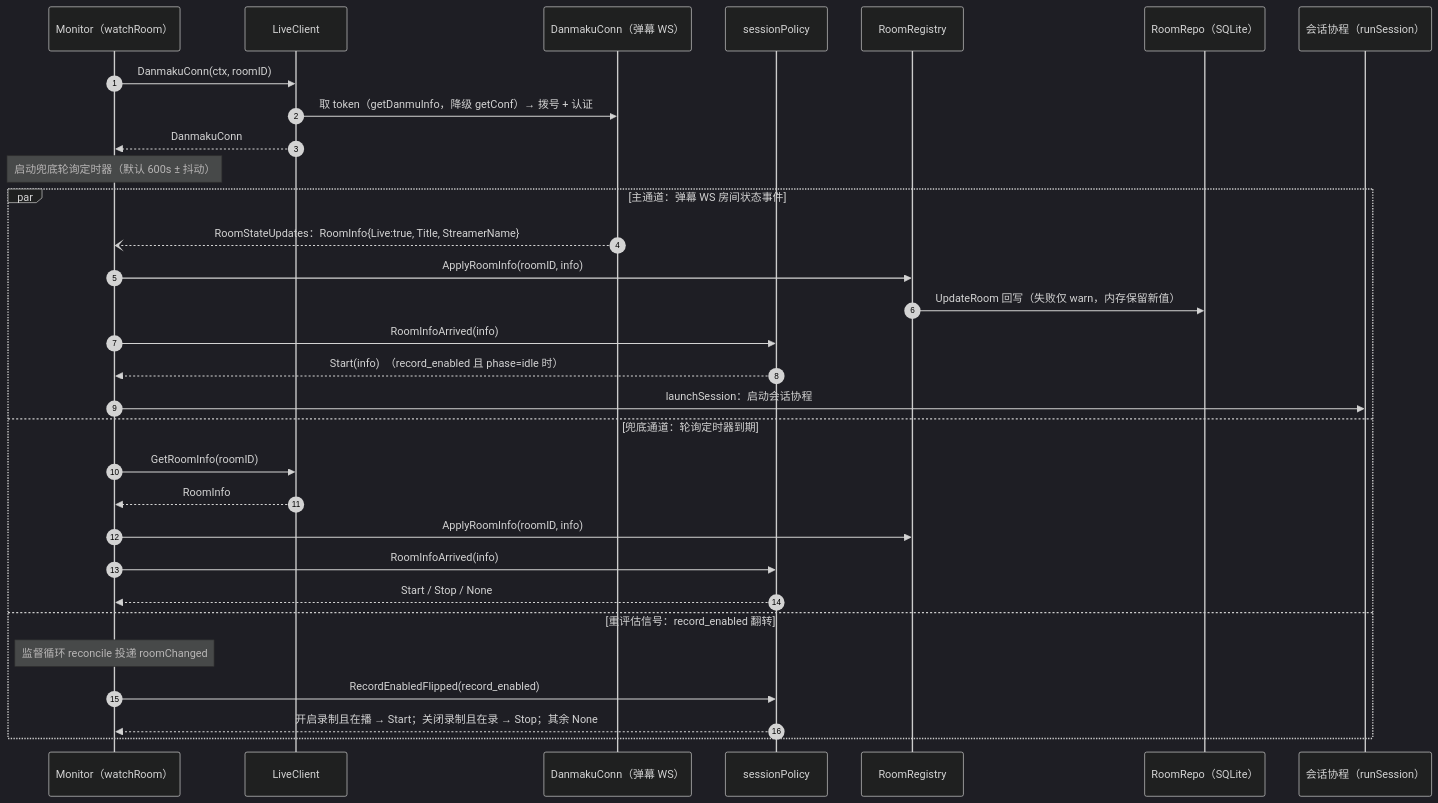
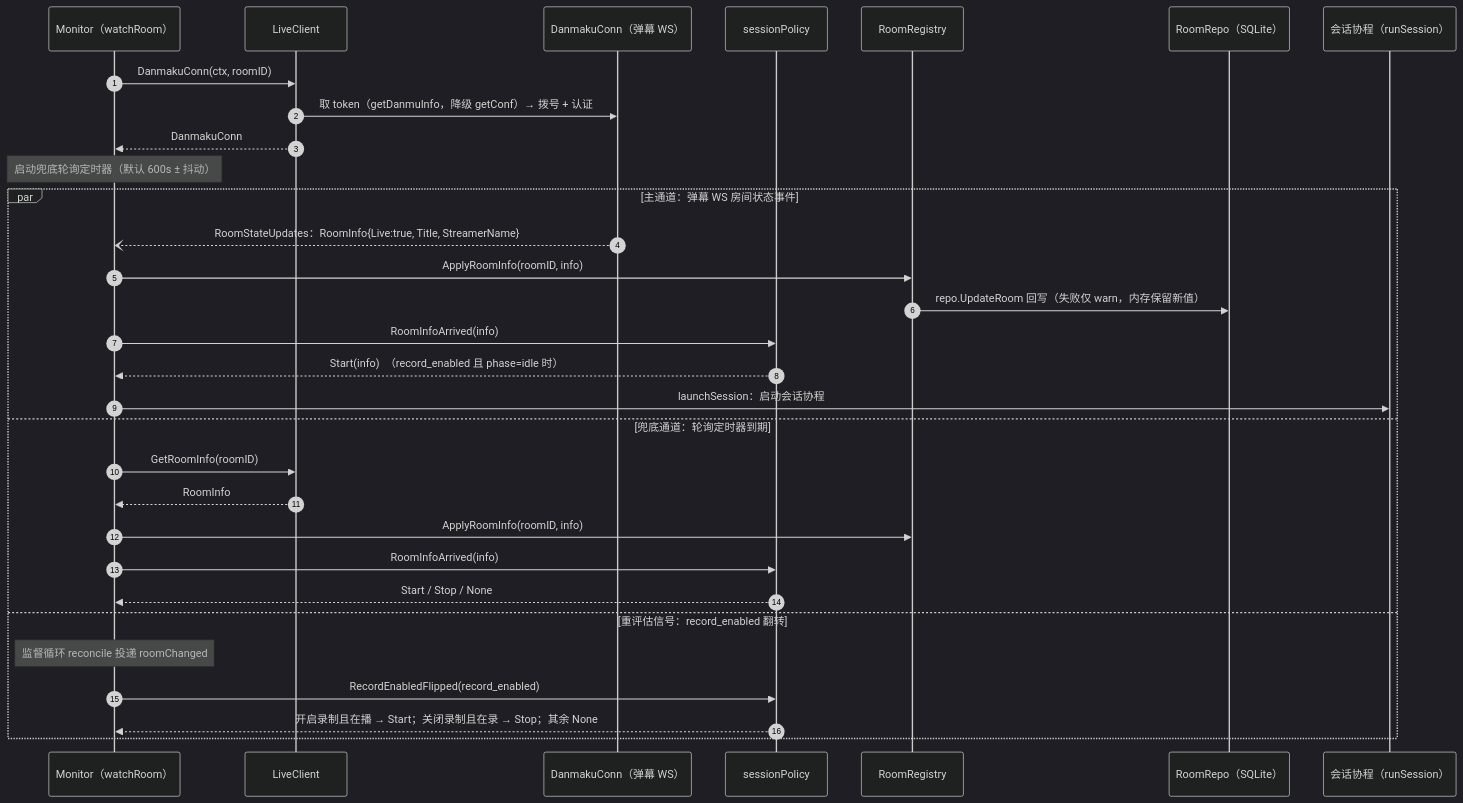
Before and after one commit to xgbt/suika: the fourth of 10 diagrams in docs/design/architecture-diagrams.md, drawn with Mermaid (dark theme). The commit also changed other lines of this file and 11 other files, not shown here.

````diff
--- a/docs/design/architecture-diagrams.md
+++ b/docs/design/architecture-diagrams.md
@@ -192,35 +193,35 @@
 ```mermaid
 sequenceDiagram
     autonumber
     participant M as Monitor（watchRoom）
     participant LC as LiveClient
     participant DC as DanmakuConn（弹幕 WS）
     participant P as sessionPolicy
     participant G as RoomRegistry
     participant R as RoomRepo（SQLite）
     participant Sess as 会话协程（runSession）
 
     M->>LC: DanmakuConn(ctx, roomID)
     LC->>DC: 取 token（getDanmuInfo，降级 getConf）→ 拨号 + 认证
     LC-->>M: DanmakuConn
     Note over M: 启动兜底轮询定时器（默认 600s ± 抖动）
 
     par 主通道：弹幕 WS 房间状态事件
         DC--)M: RoomStateUpdates：RoomInfo{Live:true, Title, StreamerName}
         M->>G: ApplyRoomInfo(roomID, info)
-        G->>R: UpdateRoom 回写（失败仅 warn，内存保留新值）
+        G->>R: repo.UpdateRoom 回写（失败仅 warn，内存保留新值）
         M->>P: RoomInfoArrived(info)
         P-->>M: Start(info)　（record_enabled 且 phase=idle 时）
         M->>Sess: launchSession：启动会话协程
     and 兜底通道：轮询定时器到期
         M->>LC: GetRoomInfo(roomID)
         LC-->>M: RoomInfo
         M->>G: ApplyRoomInfo(roomID, info)
         M->>P: RoomInfoArrived(info)
         P-->>M: Start / Stop / None
     and 重评估信号：record_enabled 翻转
         Note over M: 监督循环 reconcile 投递 roomChanged
         M->>P: RecordEnabledFlipped(record_enabled)
         P-->>M: 开启录制且在播 → Start；关闭录制且在录 → Stop；其余 None
     end
 ```
````
